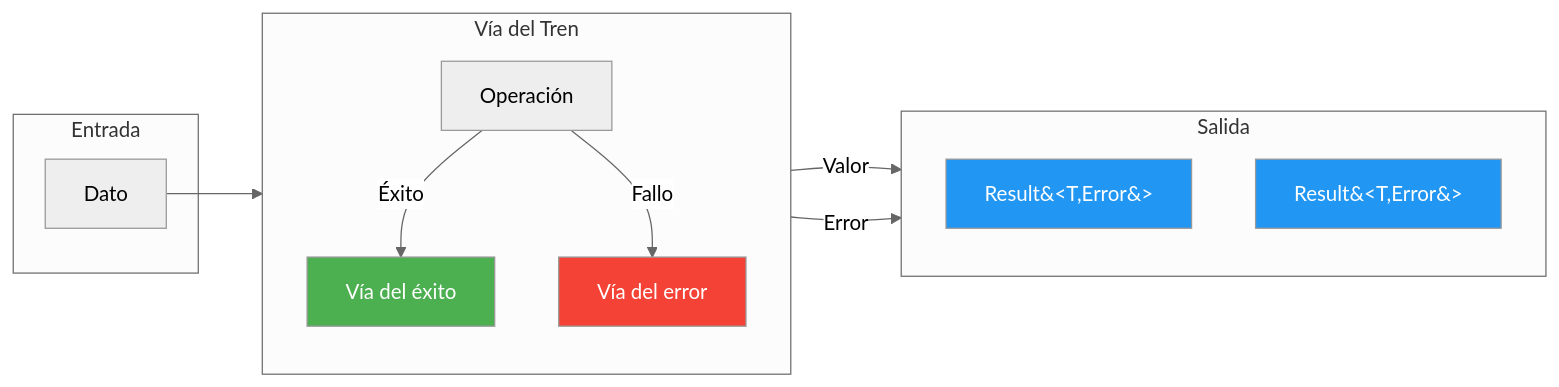
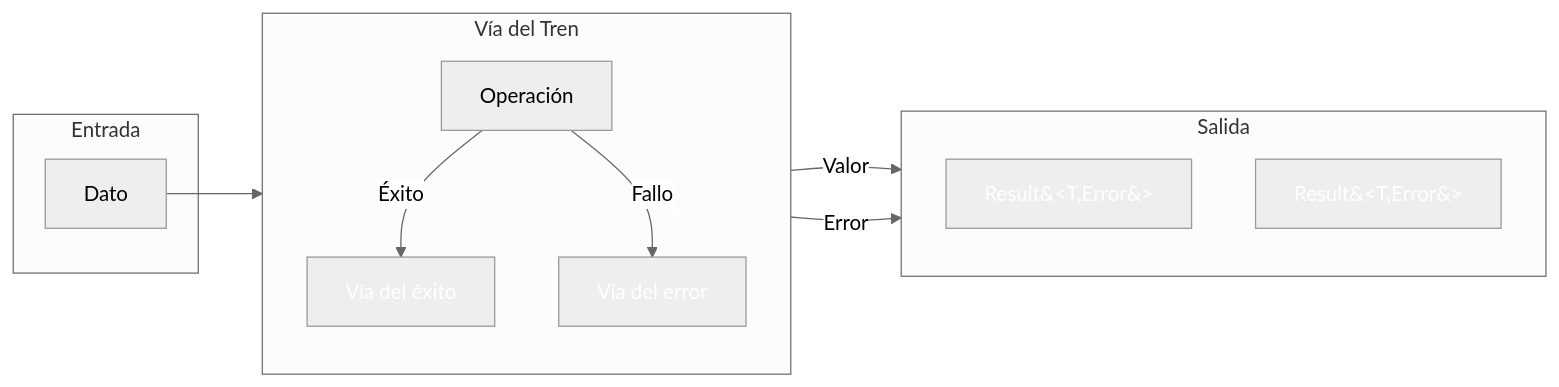
One commit to joseluisgs/DesarrolloWebEntornosServidor-01-2026-2027 changed the first of 5 diagrams in 15-rop-result.md. Above: the diagram before and after it, drawn with Mermaid (neutral theme). The commit also changed other lines of this file and 66 other files, not shown here.

First line of the commit message:
fix: normalizar titulos al castellano de frase y corregir la paleta de mermaid

````diff
--- a/15-rop-result.md
+++ b/15-rop-result.md
@@ -177,26 +177,26 @@
 ```mermaid
 flowchart LR
     subgraph Input["Entrada"]
         I[Dato]
     end
 
     subgraph Track["Vía del Tren"]
         direction TB
         Op[Operación]
         Op -->|"Éxito"| ST[Vía del éxito]
         Op -->|"Fallo"| FT[Vía del error]
     end
 
     subgraph Output["Salida"]
         direction TB
         ST -->|"Valor"| SV[Result&#60;T,Error&#62;]
         FT -->|"Error"| SE[Result&#60;T,Error&#62;]
     end
 
     I --> Op
 
-    style ST fill:#4CAF50,color:#fff
-    style FT fill:#f44336,color:#fff
-    style SV fill:#2196F3,color:#fff
-    style SE fill:#2196F3,color:#fff
+    style ST fill:#4CAF5,color:#fff0,color:#fff
+    style FT fill:#f4433,color:#fff6,color:#fff
+    style SV fill:#2196F,color:#fff3,color:#fff
+    style SE fill:#2196F,color:#fff3,color:#fff
 ```
````
